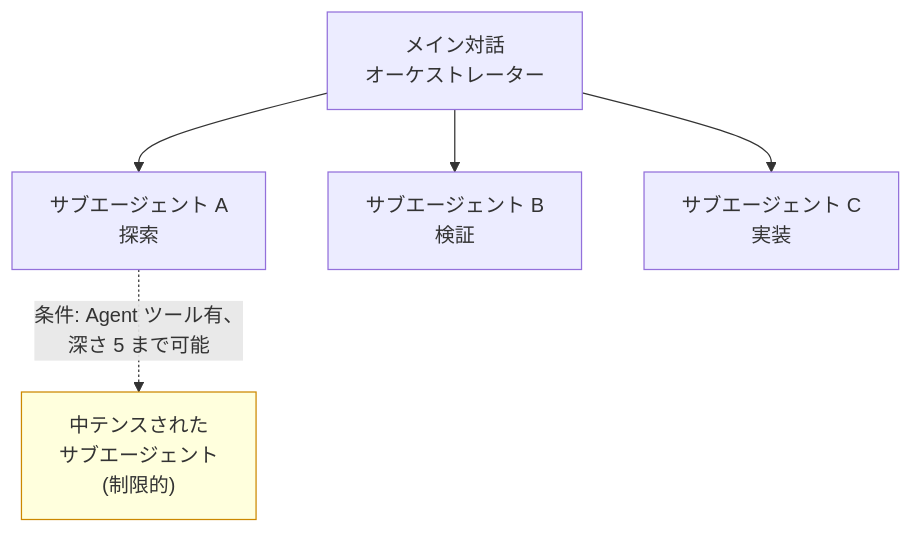
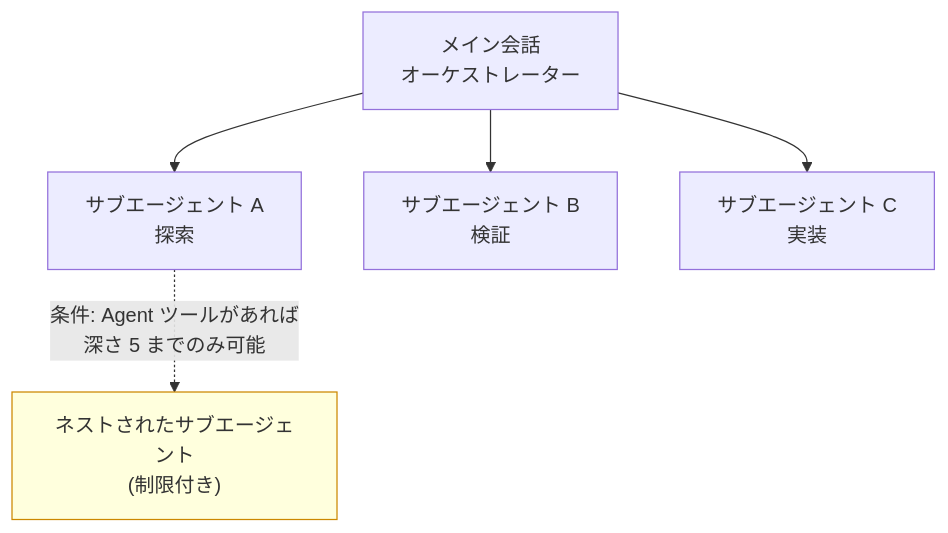
The diagram in docs-site/content/ja/claude-code/agentic/sub-agents.md (modu-ai/moai-adk), drawn with Mermaid before and after one commit. The commit also changed other lines of this file and 395 other files, not shown here.

````diff
--- a/docs-site/content/ja/claude-code/agentic/sub-agents.md
+++ b/docs-site/content/ja/claude-code/agentic/sub-agents.md
@@ -54,8 +60,8 @@
 ```mermaid
 flowchart TD
-    M[メイン対話<br/>オーケストレーター] --> A[サブエージェント A<br/>探索]
+    M[メイン会話<br/>オーケストレーター] --> A[サブエージェント A<br/>探索]
     M --> B[サブエージェント B<br/>検証]
     M --> C[サブエージェント C<br/>実装]
-    A -.->|条件: Agent ツール有、<br/>深さ 5 まで可能| X["中テンスされた<br/>サブエージェント<br/>(制限的)"]
+    A -.->|条件: Agent ツールがあれば<br/>深さ 5 までのみ可能| X["ネストされたサブエージェント<br/>(制限付き)"]
     style X fill:#ffd,stroke:#c80
 ```
````
